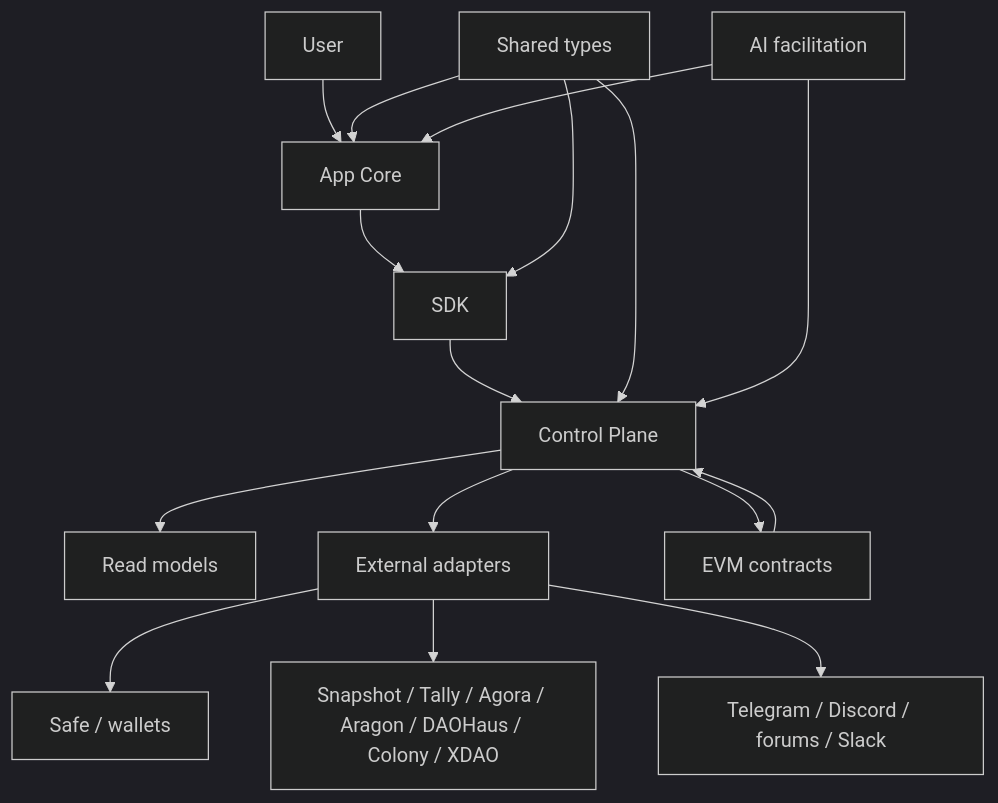
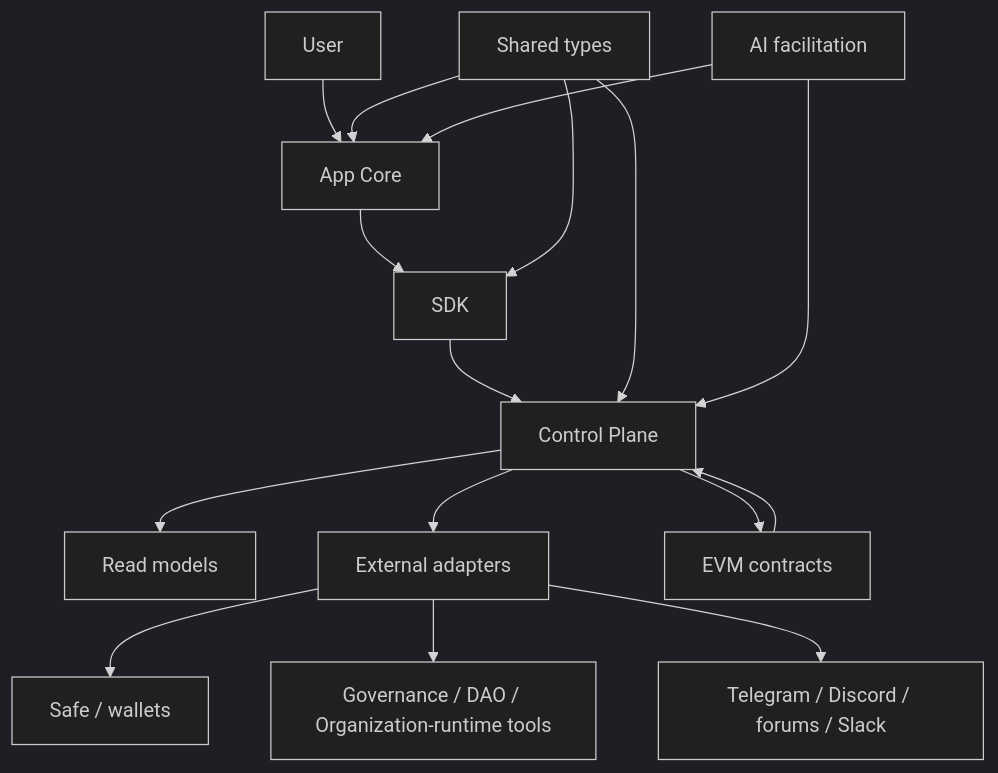
One commit to isoniaos/docs changed the third of 3 diagrams in site/whitepaper.md. Above: the diagram before and after it, drawn with Mermaid (dark theme). The commit also changed other lines of this file and 13 other files, not shown here.

````diff
--- a/site/whitepaper.md
+++ b/site/whitepaper.md
@@ -580,18 +859,18 @@
 ```mermaid
 flowchart TD
   User["User"] --> App["App Core"]
   App --> SDK["SDK"]
   SDK --> API["Control Plane"]
   API --> ReadModels["Read models"]
   API --> External["External adapters"]
   External --> Safe["Safe / wallets"]
-  External --> GovTools["Snapshot / Tally / Agora / Aragon / DAOHaus / Colony / XDAO"]
+  External --> GovTools["Governance / DAO / Organization-runtime tools"]
   External --> Discussion["Telegram / Discord / forums / Slack"]
   API --> Contracts["EVM contracts"]
   Contracts --> API
   Types["Shared types"] --> SDK
   Types --> API
   Types --> App
   AI["AI facilitation"] --> API
   AI --> App
 ```
````
